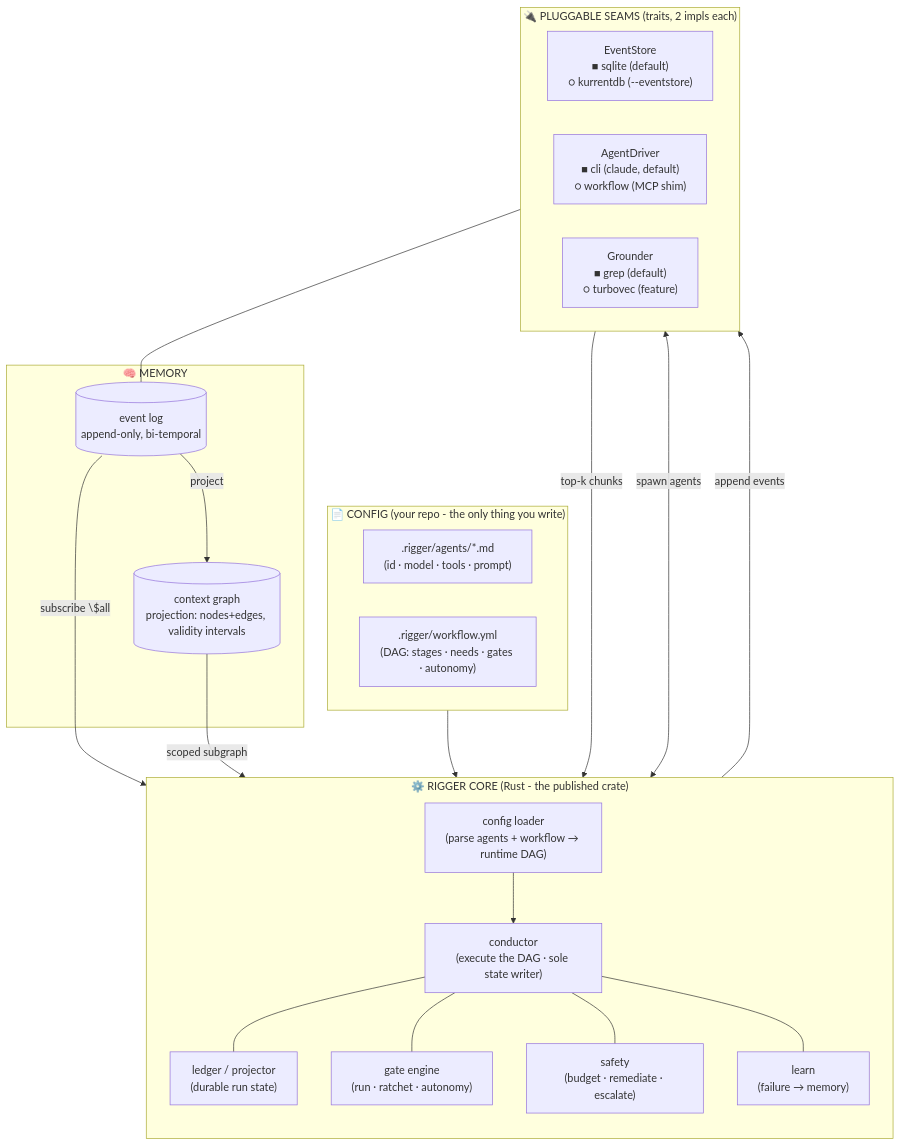
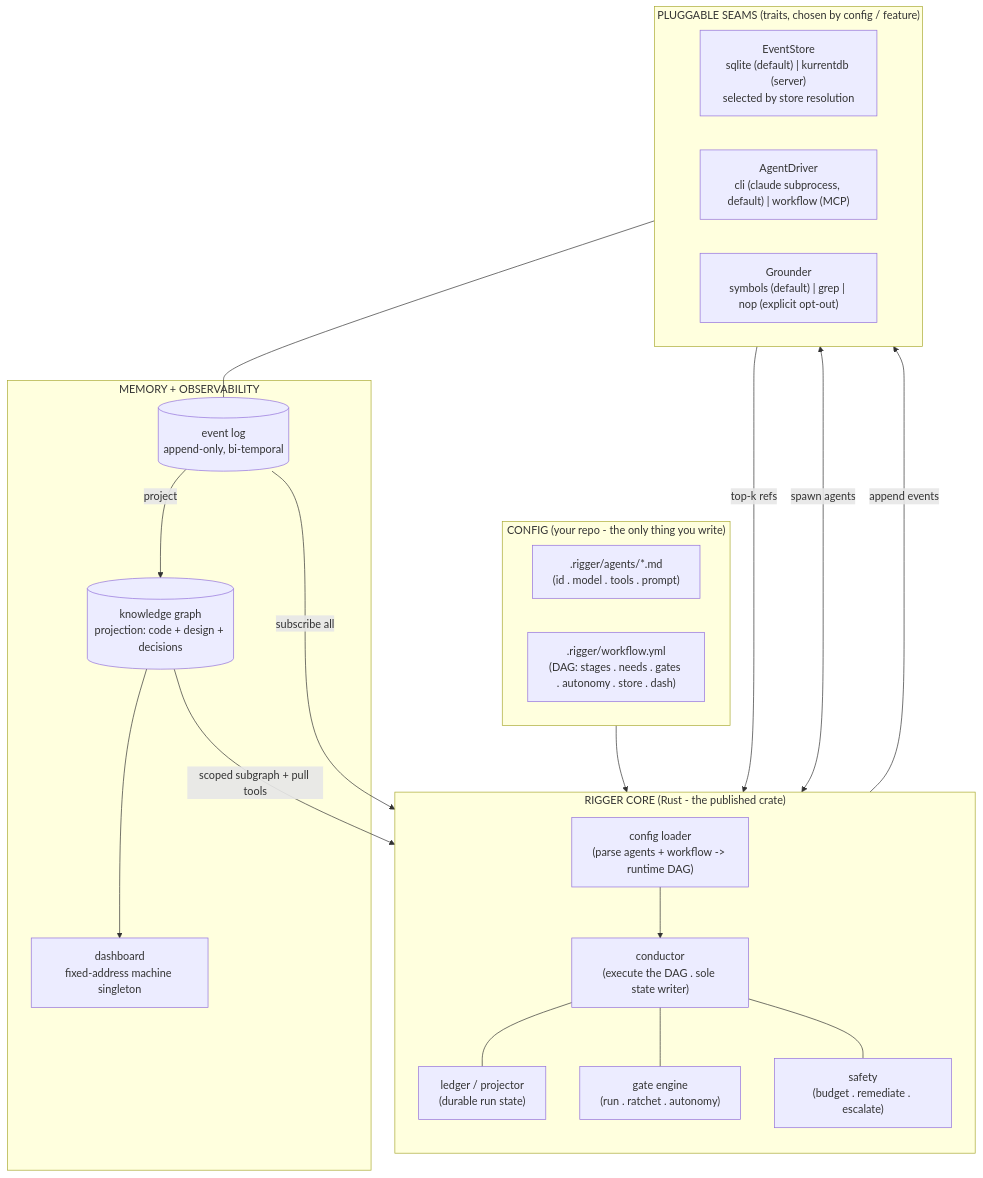
One commit to virtual-velocitation/rigger changed the first of 3 diagrams in docs/architecture.md. Above: the diagram before and after it, drawn with Mermaid. The commit also changed other lines of this file and 59 other files, not shown here.

Commit message:
Post-KG consolidation: architecture doc rebuilt, turbovec retired on evidence, grep-gap closed, readable graph (specs 56-59) (#21)

````diff
--- a/docs/architecture.md
+++ b/docs/architecture.md
@@ -106,40 +118,41 @@
 ```mermaid
 flowchart TB
-  subgraph CFG["📄 CONFIG (your repo - the only thing you write)"]
-    AG[".rigger/agents/*.md<br/>(id · model · tools · prompt)"]
-    WF[".rigger/workflow.yml<br/>(DAG: stages · needs · gates · autonomy)"]
+  subgraph CFG["CONFIG (your repo - the only thing you write)"]
+    AG[".rigger/agents/*.md<br/>(id . model . tools . prompt)"]
+    WF[".rigger/workflow.yml<br/>(DAG: stages . needs . gates . autonomy . store . dash)"]
   end
 
-  subgraph CORE["⚙️ RIGGER CORE (Rust - the published crate)"]
+  subgraph CORE["RIGGER CORE (Rust - the published crate)"]
     direction TB
-    LOADER["config loader<br/>(parse agents + workflow → runtime DAG)"]
-    COND["conductor<br/>(execute the DAG · sole state writer)"]
+    LOADER["config loader<br/>(parse agents + workflow -> runtime DAG)"]
+    COND["conductor<br/>(execute the DAG . sole state writer)"]
     LEDGER["ledger / projector<br/>(durable run state)"]
-    GATES["gate engine<br/>(run · ratchet · autonomy)"]
-    SAFE["safety<br/>(budget · remediate · escalate)"]
-    LEARN["learn<br/>(failure → memory)"]
-    COND --- LEDGER & GATES & SAFE & LEARN
+    GATES["gate engine<br/>(run . ratchet . autonomy)"]
+    SAFE["safety<br/>(budget . remediate . escalate)"]
     LOADER --> COND
+    COND --- LEDGER & GATES & SAFE
   end
 
-  subgraph SEAMS["🔌 PLUGGABLE SEAMS (traits, 2 impls each)"]
+  subgraph SEAMS["PLUGGABLE SEAMS (traits, chosen by config / feature)"]
     direction LR
-    ES["EventStore<br/>■ sqlite (default)<br/>○ kurrentdb (--eventstore)"]
-    DR["AgentDriver<br/>■ cli  (claude, default)<br/>○ workflow (MCP shim)"]
-    GR["Grounder<br/>■ grep (default)<br/>○ turbovec (feature)"]
+    ES["EventStore<br/>sqlite (default) | kurrentdb (server)<br/>selected by store resolution"]
+    DR["AgentDriver<br/>cli (claude subprocess, default) | workflow (MCP)"]
+    GR["Grounder<br/>symbols (default) | grep | nop (explicit opt-out)"]
   end
 
-  subgraph MEM["🧠 MEMORY"]
+  subgraph MEM["MEMORY + OBSERVABILITY"]
     LOG[("event log<br/>append-only, bi-temporal")]
-    CG[("context graph<br/>projection: nodes+edges, validity intervals")]
+    CG[("knowledge graph<br/>projection: code + design + decisions")]
+    DASH["dashboard<br/>fixed-address machine singleton"]
     LOG -->|project| CG
+    CG --> DASH
   end
 
   CFG --> LOADER
   COND <-->|spawn agents| DR
   COND -->|append events| ES
   ES --- LOG
-  LOG -->|subscribe \$all| COND
-  CG -->|scoped subgraph| COND
-  GR -->|top-k chunks| COND
+  LOG -->|subscribe all| COND
+  CG -->|scoped subgraph + pull tools| COND
+  GR -->|top-k refs| COND
 ```
````
